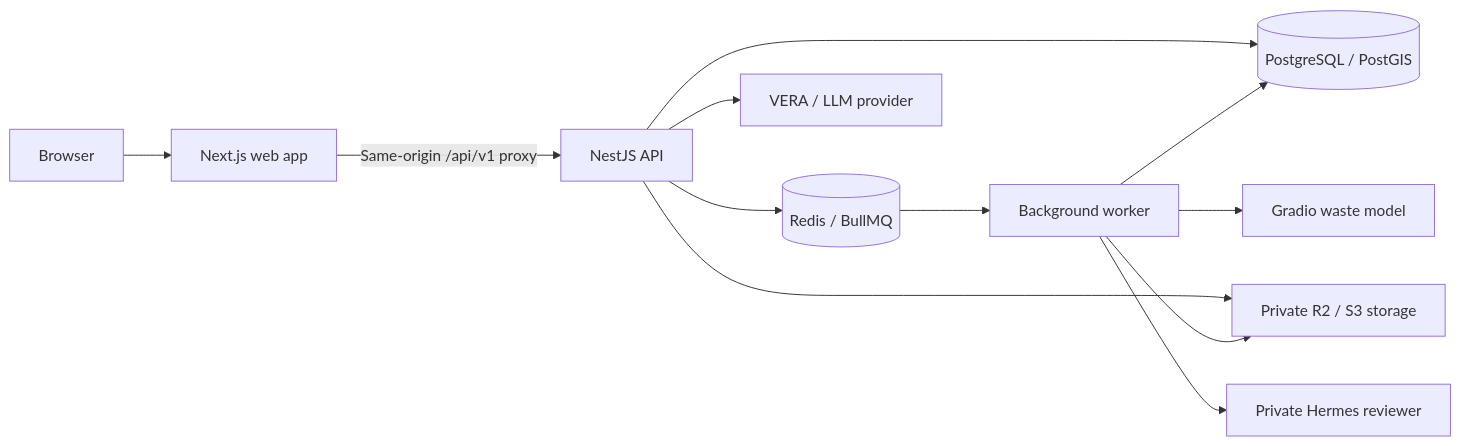
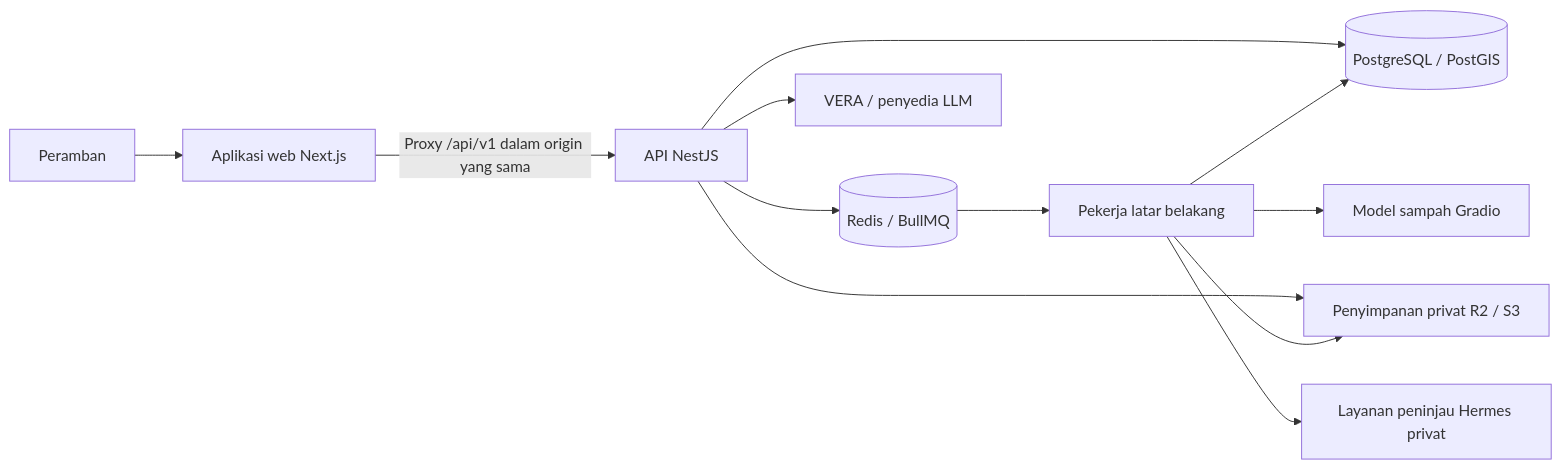
One commit to sitaurs/VERGO changed the diagram in README.md. Above: the diagram before and after it, drawn with Mermaid. The commit also changed other lines of this file, not shown here.

````diff
--- a/README.md
+++ b/README.md
@@ -95,14 +95,14 @@
 ```mermaid
 flowchart LR
-    Browser[Browser] --> Web[Next.js web app]
-    Web -->|Same-origin /api/v1 proxy| API[NestJS API]
+    Browser[Peramban] --> Web[Aplikasi web Next.js]
+    Web -->|Proxy /api/v1 dalam origin yang sama| API[API NestJS]
     API --> DB[(PostgreSQL / PostGIS)]
     API --> Queue[(Redis / BullMQ)]
-    Queue --> Worker[Background worker]
-    Worker --> ML[Gradio waste model]
+    Queue --> Worker[Pekerja latar belakang]
+    Worker --> ML[Model sampah Gradio]
     Worker --> DB
-    API --> Storage[Private R2 / S3 storage]
+    API --> Storage[Penyimpanan privat R2 / S3]
     Worker --> Storage
-    API --> VERA[VERA / LLM provider]
-    Worker --> Hermes[Private Hermes reviewer]
+    API --> VERA[VERA / penyedia LLM]
+    Worker --> Hermes[Layanan peninjau Hermes privat]
 ```
````
